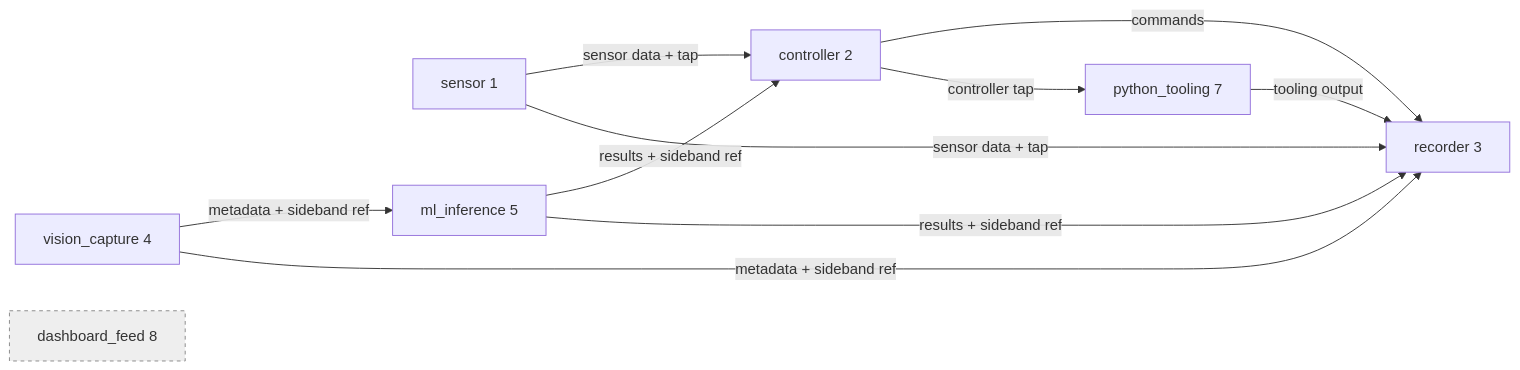
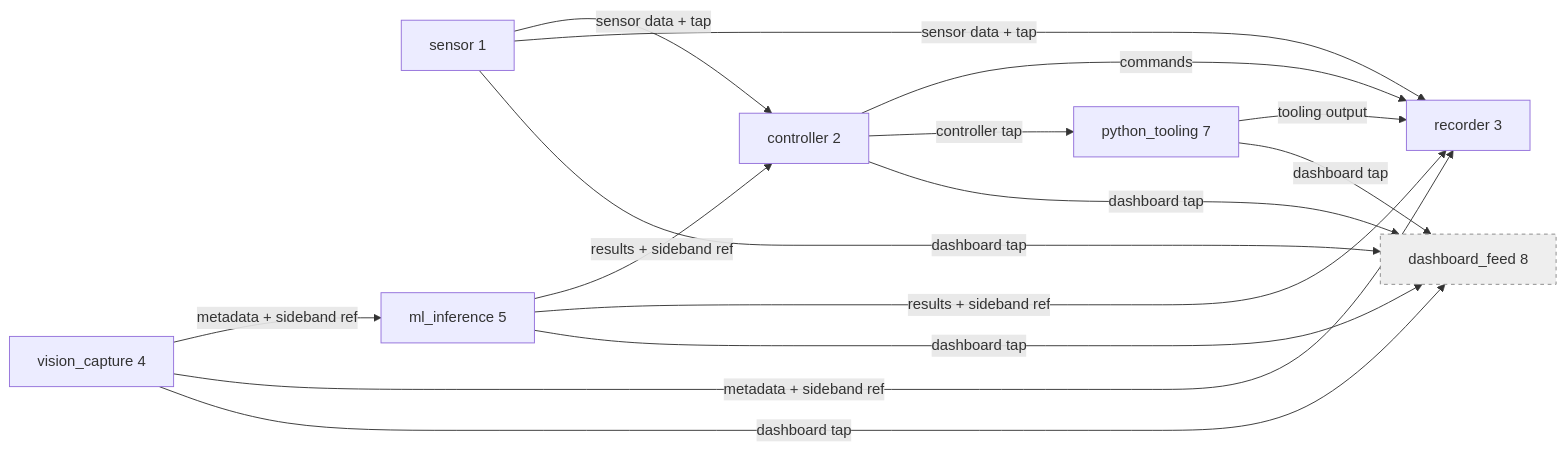
Before and after one commit to sbow/RoboticsIpcModule: the diagram in docs/deployment-profiles.md, drawn with Mermaid. The commit also changed other lines of this file and 22 other files, not shown here.

````diff
--- a/docs/deployment-profiles.md
+++ b/docs/deployment-profiles.md
@@ -36,23 +36,28 @@
 ```mermaid
 flowchart LR
   S[sensor 1]
   C[controller 2]
   REC[recorder 3]
   V[vision_capture 4]
   ML[ml_inference 5]
   PY[python_tooling 7]
   DASH[dashboard_feed 8]
 
   S -->|sensor data + tap| C
   S -->|sensor data + tap| REC
+  S -->|dashboard tap| DASH
   C -->|commands| REC
   C -->|controller tap| PY
+  C -->|dashboard tap| DASH
   V -->|metadata + sideband ref| ML
   V -->|metadata + sideband ref| REC
+  V -->|dashboard tap| DASH
   ML -->|results + sideband ref| C
   ML -->|results + sideband ref| REC
+  ML -->|dashboard tap| DASH
   PY -->|tooling output| REC
+  PY -->|dashboard tap| DASH
 
   DASH:::sketch
   classDef sketch fill:#eee,stroke:#888,stroke-dasharray:4 4
 ```
````
